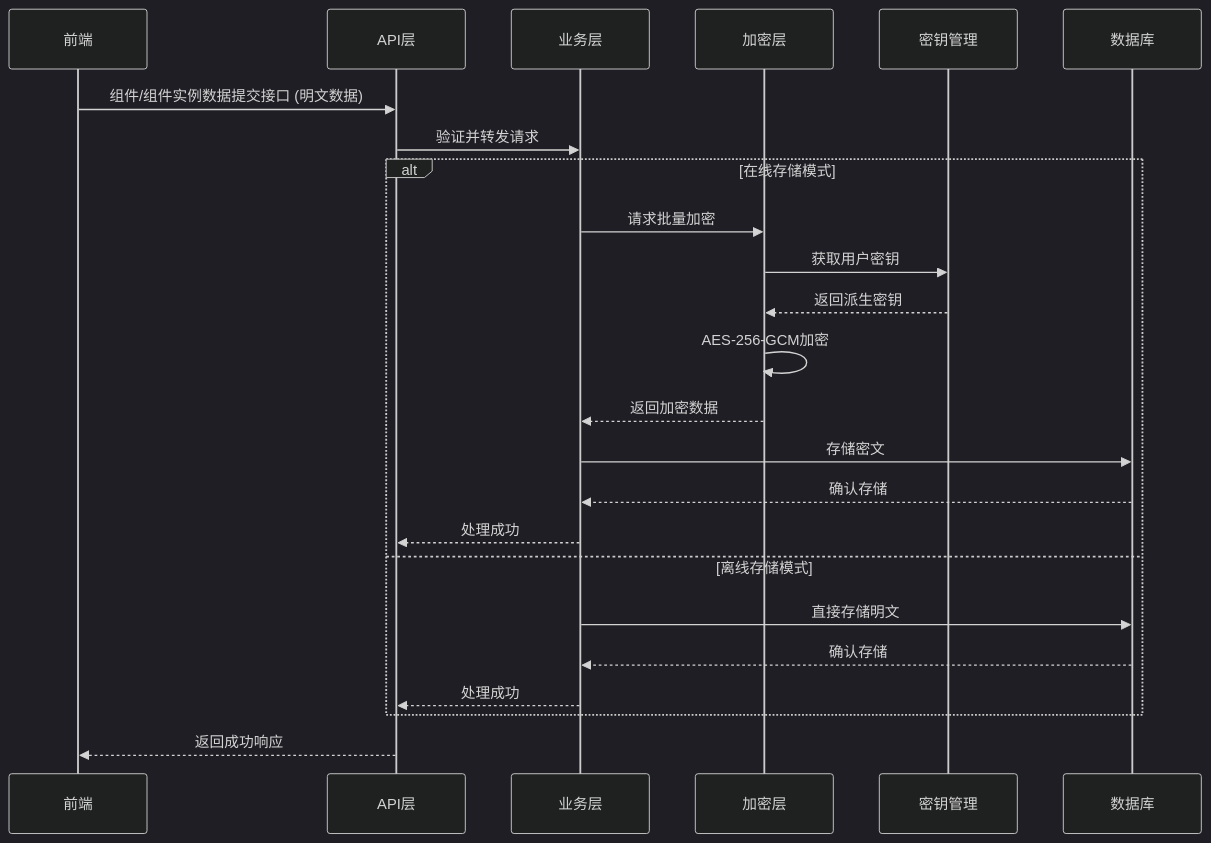
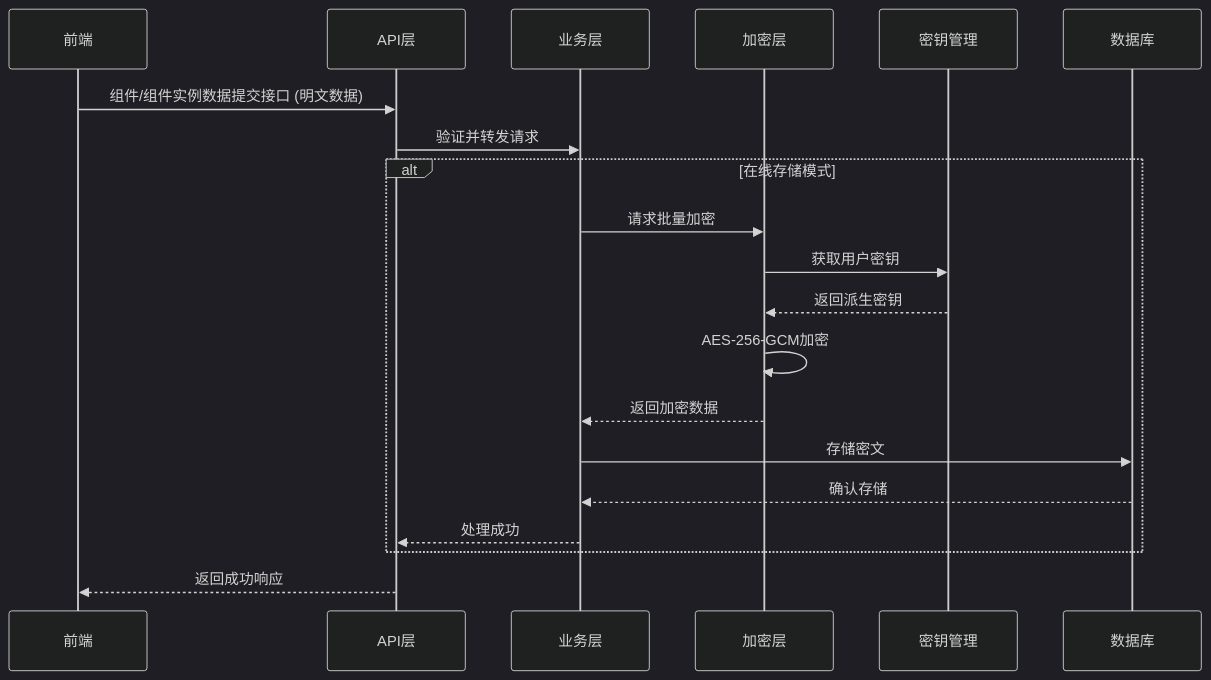
One commit to yingjianzh/iodraw-files changed the diagram in all/未命名-1.md. Above: the diagram before and after it, drawn with Mermaid (dark theme).

Commit message:
2025-09-01 15:59:38 update

````diff
--- a/all/未命名-1.md
+++ b/all/未命名-1.md
@@ -1,29 +1,26 @@
 ```mermaid
 sequenceDiagram
     participant F as 前端
     participant A as API层
     participant B as 业务层
     participant E as 加密层
     participant K as 密钥管理
     participant D as 数据库
     
     F->>A: 组件/组件实例数据提交接口 (明文数据)
     A->>B: 验证并转发请求
     
     alt 在线存储模式
         B->>E: 请求批量加密
         E->>K: 获取用户密钥
         K-->>E: 返回派生密钥
         E->>E: AES-256-GCM加密
         E-->>B: 返回加密数据
         B->>D: 存储密文
         D-->>B: 确认存储
         B-->>A: 处理成功
-    else 离线存储模式
-        B->>D: 直接存储明文
-        D-->>B: 确认存储
-        B-->>A: 处理成功
+   
     end
     
     A-->>F: 返回成功响应
 ```
````
